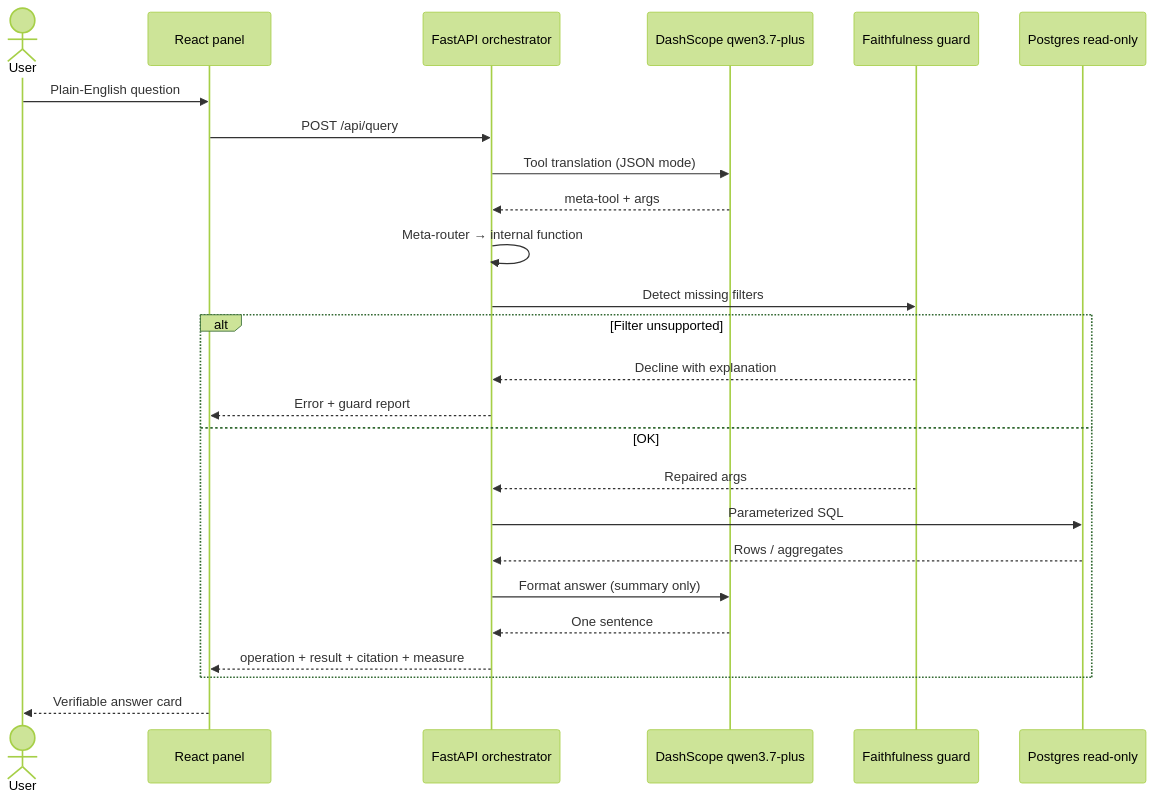
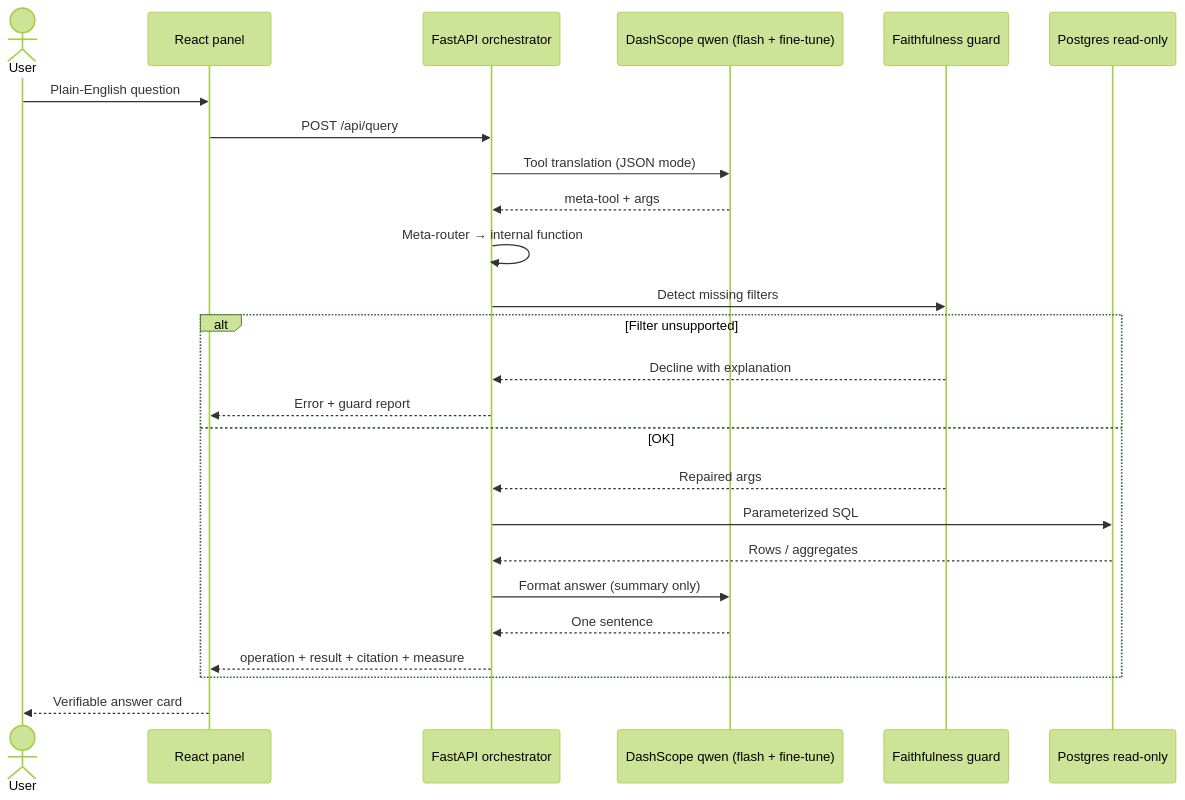
One commit to farhanmatics/nl-query-layer-olist changed the second of 3 diagrams in HACKATHON.md. Above: the diagram before and after it, drawn with Mermaid (forest theme). The commit also changed other lines of this file and 2 other files, not shown here.

First line of the commit message:
Refresh submission docs: feature fine-tuned Qwen, fix models/branch, prep deploy proof

````diff
--- a/HACKATHON.md
+++ b/HACKATHON.md
@@ -138,28 +162,28 @@
 ```mermaid
 sequenceDiagram
     actor User
     participant UI as React panel
     participant API as FastAPI orchestrator
-    participant Qwen as DashScope qwen3.7-plus
+    participant Qwen as DashScope qwen (flash + fine-tune)
     participant Guard as Faithfulness guard
     participant DB as Postgres read-only
 
     User->>UI: Plain-English question
     UI->>API: POST /api/query
     API->>Qwen: Tool translation (JSON mode)
     Qwen-->>API: meta-tool + args
     API->>API: Meta-router → internal function
     API->>Guard: Detect missing filters
     alt Filter unsupported
         Guard-->>API: Decline with explanation
         API-->>UI: Error + guard report
     else OK
         Guard-->>API: Repaired args
         API->>DB: Parameterized SQL
         DB-->>API: Rows / aggregates
         API->>Qwen: Format answer (summary only)
         Qwen-->>API: One sentence
         API-->>UI: operation + result + citation + measure
     end
     UI-->>User: Verifiable answer card
 ```
````
